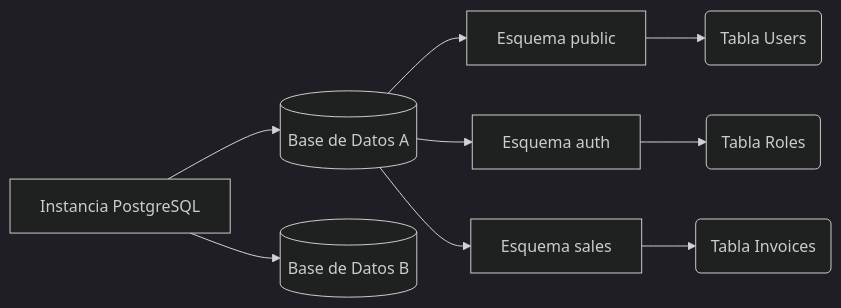
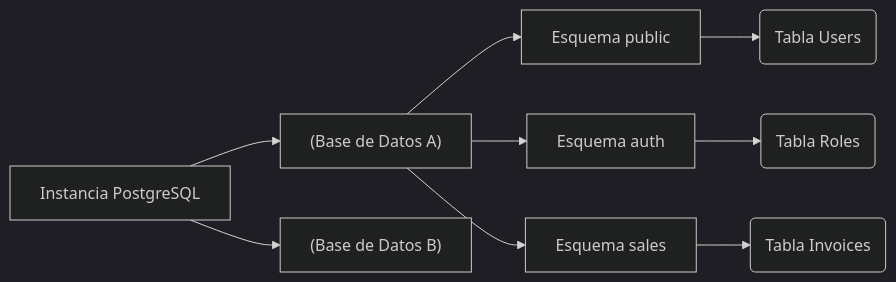
Before and after one commit to gjpierp/nmergeia: the first of 2 diagrams in public/docs/es/postgres_basico.md, drawn with Mermaid (dark theme). The commit also changed other lines of this file and 519 other files, not shown here.

Commit message:
fix(mermaid): entrecomillar nombres de subgrafos y nodos con caracteres especiales para renderizado perfecto de todos los diagramas

````diff
--- a/public/docs/es/postgres_basico.md
+++ b/public/docs/es/postgres_basico.md
@@ -9,13 +9,11 @@
 ```mermaid
 flowchart LR
-    Instancia[Instancia PostgreSQL] --> DB1[(Base de Datos A)]
-    Instancia --> DB2[(Base de Datos B)]
-    
-    DB1 --> Public[Esquema public]
-    DB1 --> Auth[Esquema auth]
-    DB1 --> Sales[Esquema sales]
-    
-    Public --> T1(Tabla Users)
-    Auth --> T2(Tabla Roles)
-    Sales --> T3(Tabla Invoices)
+Instancia["Instancia PostgreSQL"] --> DB1["(Base de Datos A)"]
+Instancia --> DB2["(Base de Datos B)"]
+DB1 --> Public["Esquema public"]
+DB1 --> Auth["Esquema auth"]
+DB1 --> Sales["Esquema sales"]
+Public --> T1(Tabla Users)
+Auth --> T2(Tabla Roles)
+Sales --> T3(Tabla Invoices)
 ```
````
